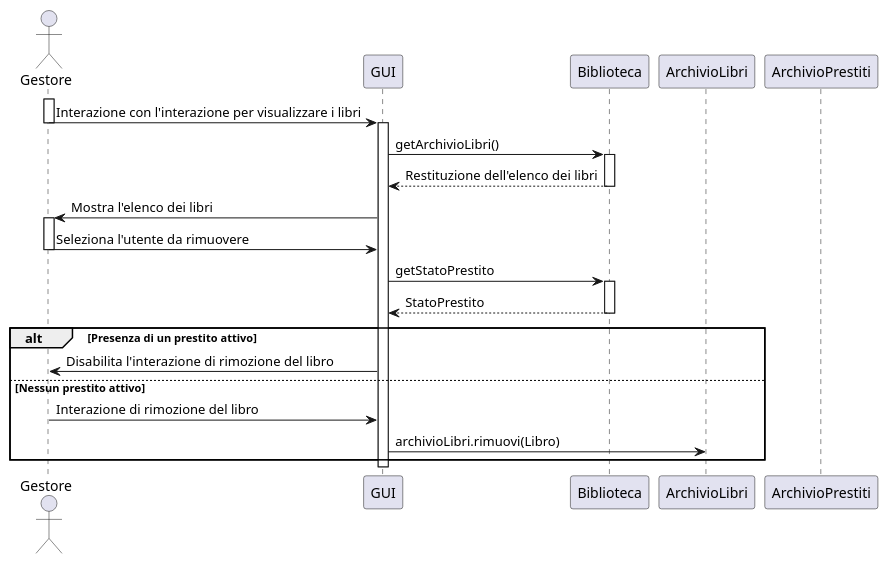
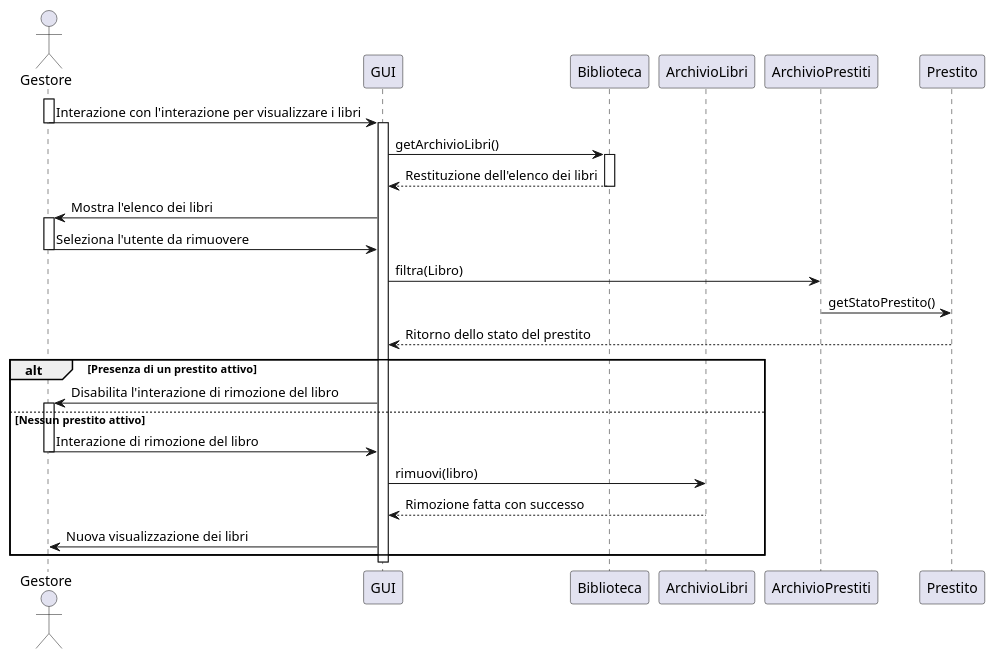
The diagram in docs/uml/UMLRimuoviLibro.puml (Meziu/easylibrary), drawn with PlantUML before and after one commit. The commit also changed 3 other files, not shown here.

```diff
--- a/docs/uml/UMLRimuoviLibro.puml
+++ b/docs/uml/UMLRimuoviLibro.puml
@@ -1,42 +1,46 @@
 @startuml
 actor Gestore as G
 participant "GUI" as UI
 participant "Biblioteca" as B
 participant "ArchivioLibri" as AL
 participant "ArchivioPrestiti" as AP
-
-' CAMBIARE IN RIMUOVI PRESTITO ????
+participant "Prestito" as P
 
 ' ----- Inizio -----
 activate G
 G -> UI : Interazione con l'interazione per visualizzare i libri
 deactivate G
 activate UI
 UI -> B : getArchivioLibri()
 activate B
 
 B --> UI : Restituzione dell'elenco dei libri
 deactivate B
 UI -> G : Mostra l'elenco dei libri
 activate G
 G -> UI : Seleziona l'utente da rimuovere
 deactivate G
 
-UI -> B : getStatoPrestito
-activate B
-B --> UI : StatoPrestito
-deactivate B
+'-- ottieni prestito --
+UI -> AP : filtra(Libro)
+AP -> P : getStatoPrestito()
+P --> UI : Ritorno dello stato del prestito
+
 
 ' ---- Flusso alternativo -----
 alt Presenza di un prestito attivo
     UI -> G : Disabilita l'interazione di rimozione del libro
 
 else Nessun prestito attivo
+    activate G
     G -> UI : Interazione di rimozione del libro
-    UI -> AL : archivioLibri.rimuovi(Libro)
+    deactivate G
+    UI -> AL : rimuovi(libro)
+    AL --> UI : Rimozione fatta con successo 
+    UI -> G : Nuova visualizzazione dei libri
 
 end
 
 deactivate UI
 
 @enduml
```
